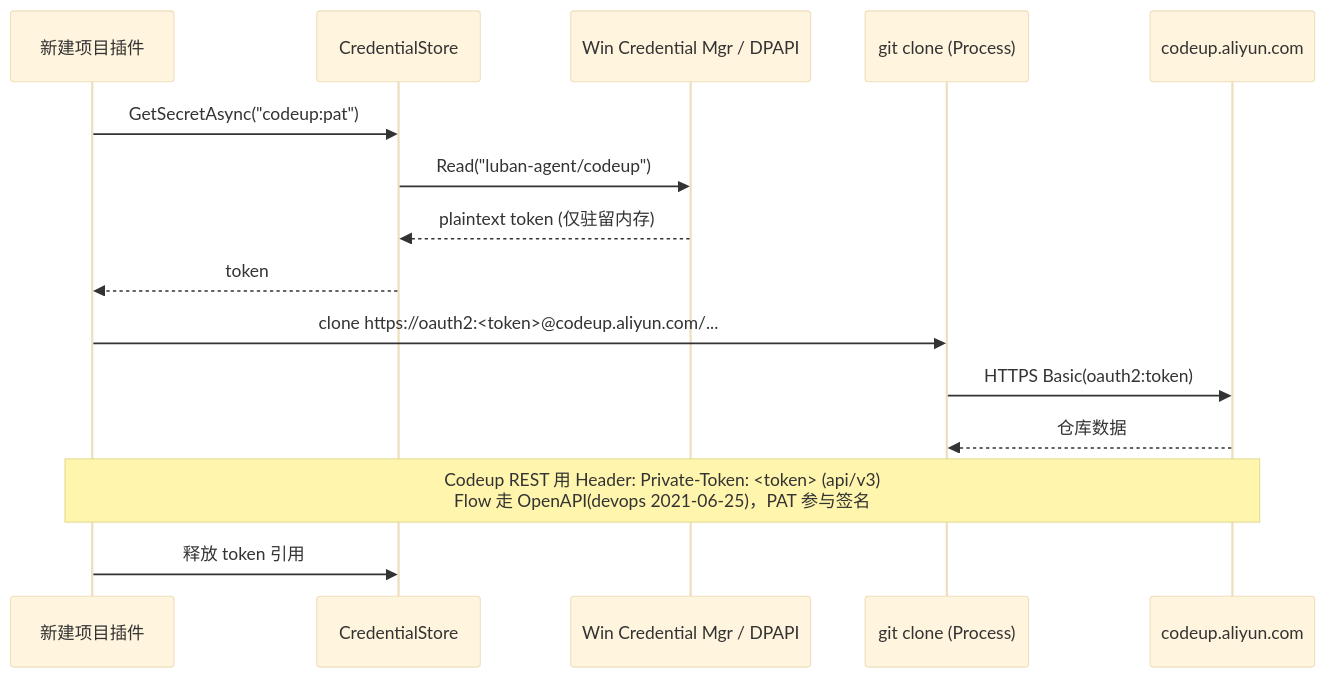
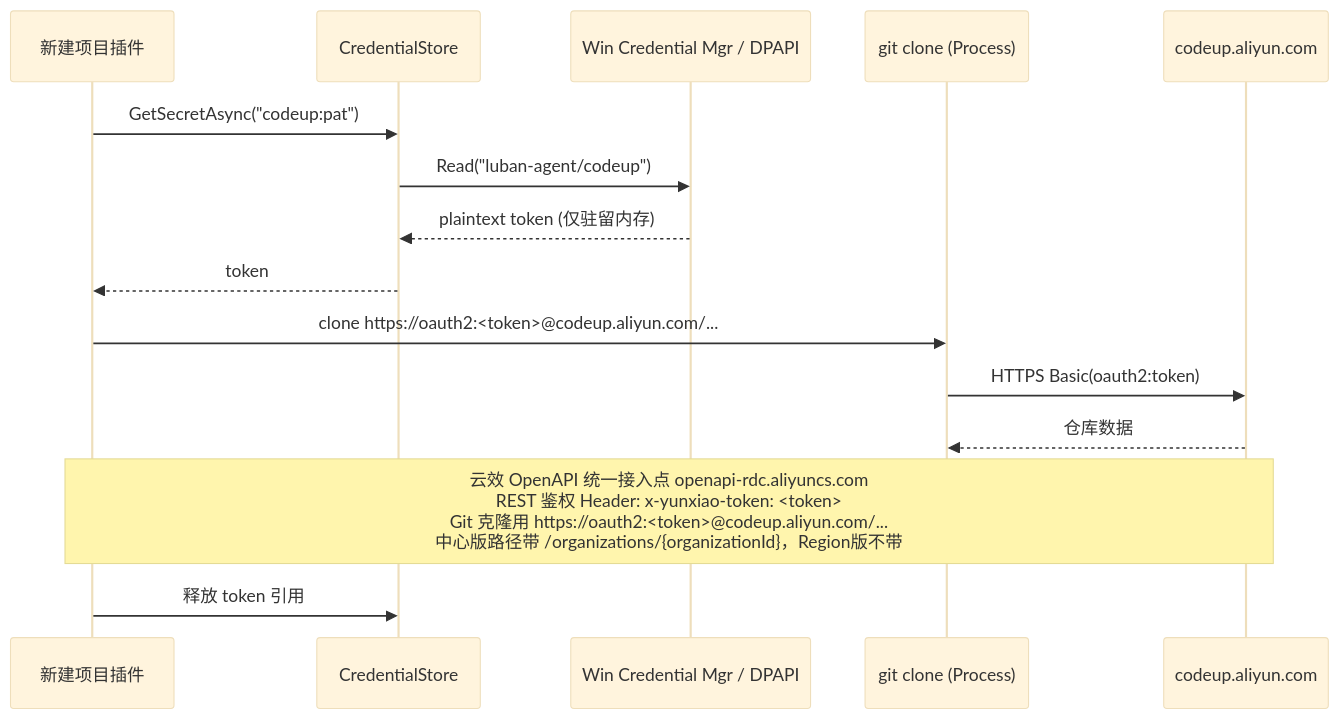
Before and after one commit to yswenli/luban-agent: the third of 5 diagrams in docs/PRD-插件体系与新建项目插件.md, drawn with Mermaid (base theme). The commit also changed other lines of this file, not shown here.

First line of the commit message:
docs: PRD v0.8 依据云效官方 OpenAPI 文档订正 API 事实

````diff
--- a/docs/PRD-插件体系与新建项目插件.md
+++ b/docs/PRD-插件体系与新建项目插件.md
@@ -397,18 +398,18 @@
 ```mermaid
 sequenceDiagram
     participant Plugin as 新建项目插件
     participant Cred as CredentialStore
     participant OS as Win Credential Mgr / DPAPI
     participant Git as git clone (Process)
     participant Codeup as codeup.aliyun.com
 
     Plugin->>Cred: GetSecretAsync("codeup:pat")
     Cred->>OS: Read("luban-agent/codeup")
     OS-->>Cred: plaintext token (仅驻留内存)
     Cred-->>Plugin: token
     Plugin->>Git: clone https://oauth2:<token>@codeup.aliyun.com/...
     Git->>Codeup: HTTPS Basic(oauth2:token)
     Codeup-->>Git: 仓库数据
-    Note over Plugin,Codeup: Codeup REST 用 Header: Private-Token: <token> (api/v3)<br/>Flow 走 OpenAPI(devops 2021-06-25)，PAT 参与签名
+    Note over Plugin,Codeup: 云效 OpenAPI 统一接入点 openapi-rdc.aliyuncs.com<br/>REST 鉴权 Header: x-yunxiao-token: <token><br/>Git 克隆用 https://oauth2:<token>@codeup.aliyun.com/...<br/>中心版路径带 /organizations/{organizationId}，Region版不带
     Plugin->>Cred: 释放 token 引用
 ```
````
